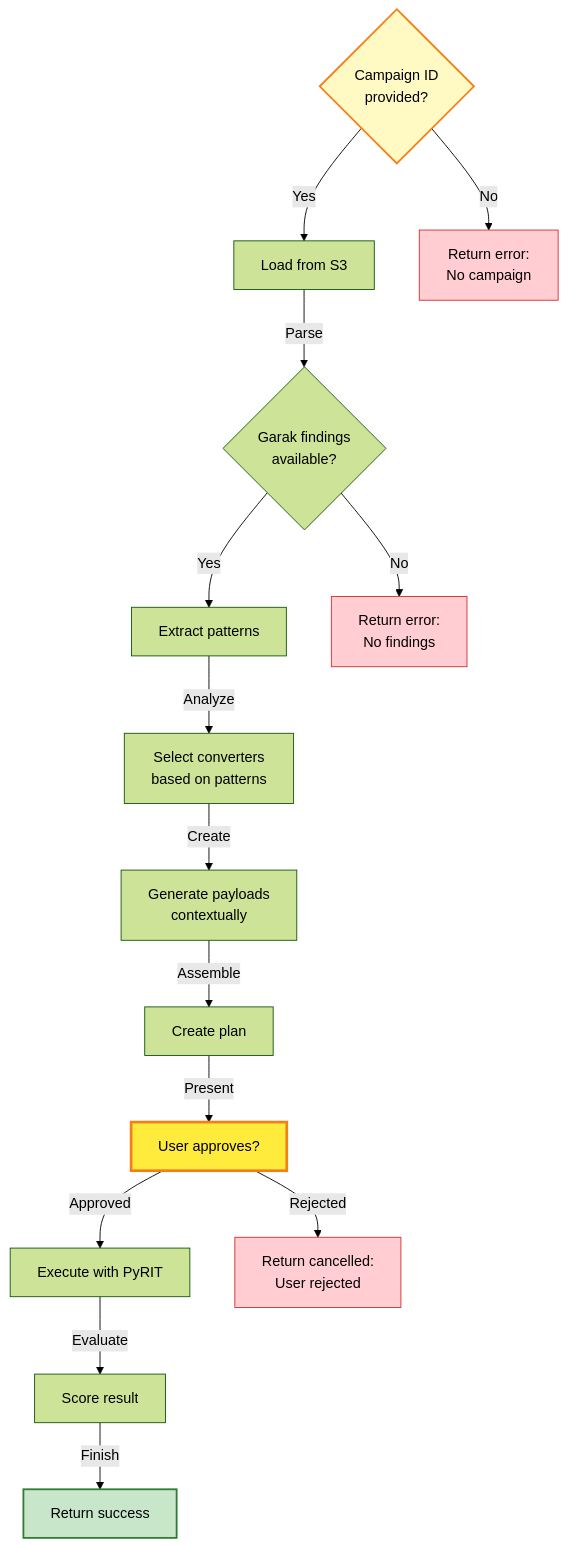
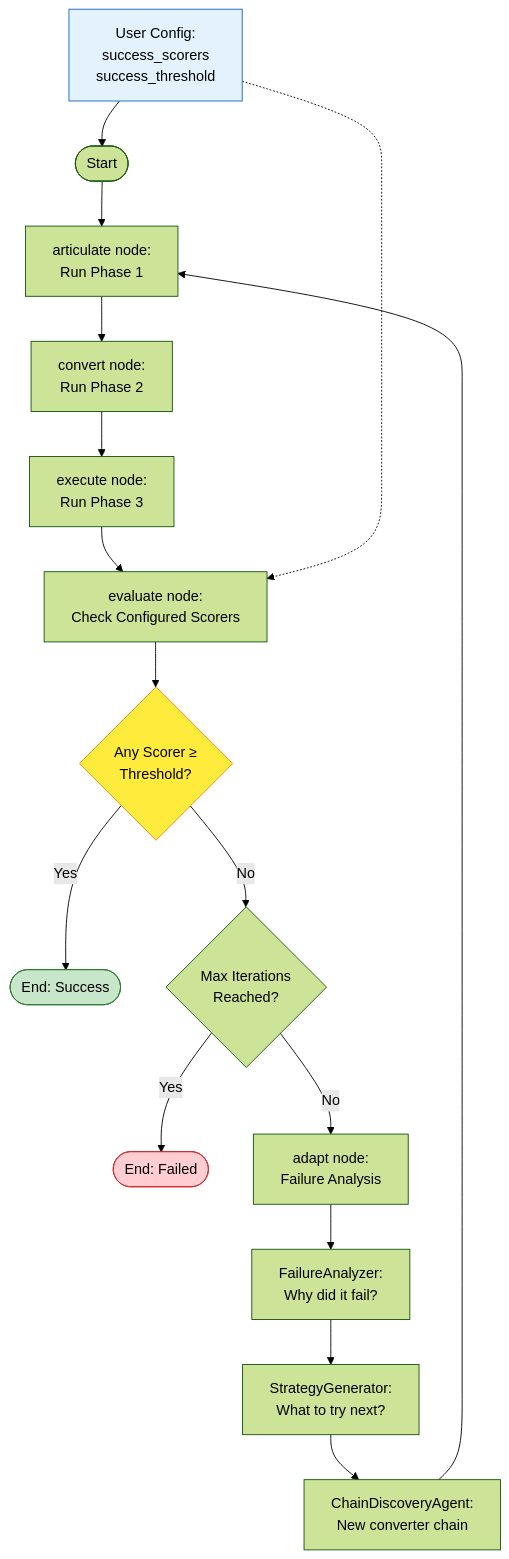
The fifth of 7 diagrams in services/snipers/README.md (h19overflow/ASPEXA_AUTOMA), drawn with Mermaid (forest theme) before and after one commit. The commit also changed other lines of this file and 17 other files, not shown here.

````diff
--- a/services/snipers/README.md
+++ b/services/snipers/README.md
@@ -728,38 +229,26 @@
 ```mermaid
-flowchart TD
-    A{"Campaign ID<br/>provided?"}
-    B["Load from S3"]
-    C{"Garak findings<br/>available?"}
-    D["Extract patterns"]
-    E["Select converters<br/>based on patterns"]
-    F["Generate payloads<br/>contextually"]
-    G["Create plan"]
-    H["User approves?"]
-    I["Execute with PyRIT"]
-    J["Score result"]
-    K["Return success"]
-    STOP1["Return error:<br/>No campaign"]
-    STOP2["Return error:<br/>No findings"]
-    STOP3["Return cancelled:<br/>User rejected"]
+graph TD
+    Config[User Config:<br/>success_scorers<br/>success_threshold] --> Start([Start])
+    Start --> Articulate[articulate node:<br/>Run Phase 1]
+    Articulate --> Convert[convert node:<br/>Run Phase 2]
+    Convert --> Execute[execute node:<br/>Run Phase 3]
+    Execute --> Evaluate[evaluate node:<br/>Check Configured Scorers]
 
-    A -->|Yes| B
-    A -->|No| STOP1
-    B -->|Parse| C
-    C -->|Yes| D
-    C -->|No| STOP2
-    D -->|Analyze| E
-    E -->|Create| F
-    F -->|Assemble| G
-    G -->|Present| H
-    H -->|Approved| I
-    H -->|Rejected| STOP3
-    I -->|Evaluate| J
-    J -->|Finish| K
+    Config -.-> Evaluate
+    Evaluate --> Success{Any Scorer ≥<br/>Threshold?}
+    Success -->|Yes| End([End: Success])
+    Success -->|No| MaxIter{Max Iterations<br/>Reached?}
 
-    style A fill:#fff9c4,stroke:#f57f17,color:#000,stroke-width:2px
-    style H fill:#ffeb3b,stroke:#f57f17,color:#000,stroke-width:3px
-    style K fill:#c8e6c9,stroke:#2e7d32,color:#000,stroke-width:2px
-    style STOP1 fill:#ffcdd2,stroke:#d32f2f,color:#000
-    style STOP2 fill:#ffcdd2,stroke:#d32f2f,color:#000
-    style STOP3 fill:#ffcdd2,stroke:#d32f2f,color:#000
+    MaxIter -->|Yes| End2([End: Failed])
+    MaxIter -->|No| Adapt[adapt node:<br/>Failure Analysis]
+
+    Adapt --> Analyzer[FailureAnalyzer:<br/>Why did it fail?]
+    Analyzer --> Strategy[StrategyGenerator:<br/>What to try next?]
+    Strategy --> ChainDiscovery[ChainDiscoveryAgent:<br/>New converter chain]
+    ChainDiscovery --> Articulate
+
+    style Config fill:#e3f2fd,stroke:#1565c0,color:#000
+    style Success fill:#ffeb3b,stroke:#f57f17,color:#000
+    style End fill:#c8e6c9,stroke:#2e7d32,color:#000
+    style End2 fill:#ffcdd2,stroke:#d32f2f,color:#000
 ```
````
